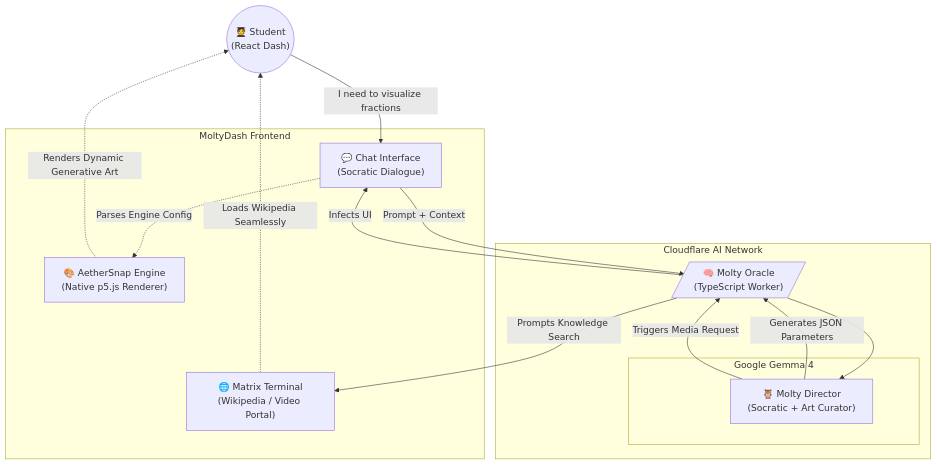
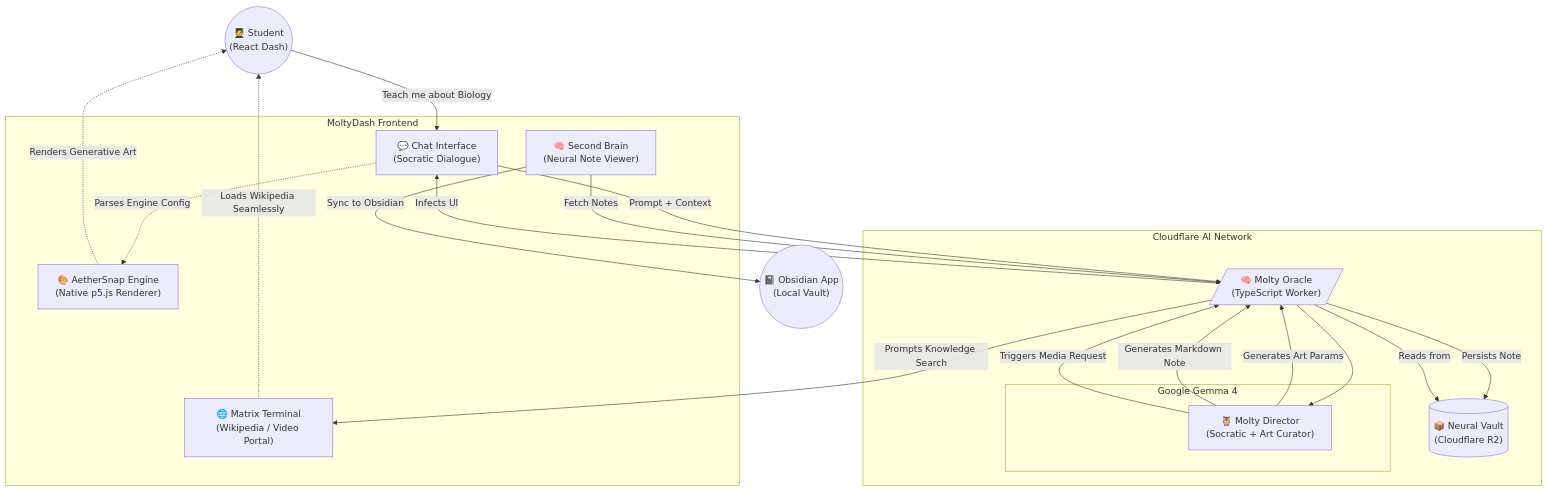
The diagram in README.md (miladyxx333-lab/moltys), drawn with Mermaid before and after one commit. The commit also changed other lines of this file, not shown here.

Commit message:
docs: update README and Mermaid with Second Brain and AetherSnap v2.0 architecture

````diff
--- a/README.md
+++ b/README.md
@@ -21,36 +22,46 @@
 ```mermaid
 graph TD
     %% Entities
     Student(("🧑‍🎓 Student\n(React Dash)"))
+    Obsidian(("📓 Obsidian App\n(Local Vault)"))
 
     %% Core Systems
     subgraph Cloudflare Edge [Cloudflare AI Network]
         MoltyCore[/"🧠 Molty Oracle\n(TypeScript Worker)"/]
+        R2Storage[("📦 Neural Vault\n(Cloudflare R2)")]
         
         subgraph Google Gemma 4
             AgentTutor["🦉 Molty Director\n(Socratic + Art Curator)"]
         end
     end
 
     %% Dashboard Infrastructure
     subgraph Immersive Dashboard [MoltyDash Frontend]
         ChatUI["💬 Chat Interface\n(Socratic Dialogue)"]
         AetherSnap["🎨 AetherSnap Engine\n(Native p5.js Renderer)"]
         MatrixTerm["🌐 Matrix Terminal\n(Wikipedia / Video Portal)"]
+        VaultUI["🧠 Second Brain\n(Neural Note Viewer)"]
     end
 
     %% Edges
-    Student -- "I need to visualize fractions" --> ChatUI
+    Student -- "Teach me about Biology" --> ChatUI
     ChatUI -- "Prompt + Context" --> MoltyCore
     MoltyCore --> AgentTutor
     
-    AgentTutor -- "Generates JSON Parameters" --> MoltyCore
+    AgentTutor -- "Generates Art Params" --> MoltyCore
     MoltyCore -- "Infects UI" --> ChatUI
     
     ChatUI -. "Parses Engine Config" .-> AetherSnap
-    AetherSnap -. "Renders Dynamic Generative Art" .-> Student
+    AetherSnap -. "Renders Generative Art" .-> Student
+    
+    %% Obsidian Flow
+    AgentTutor -- "Generates Markdown Note" --> MoltyCore
+    MoltyCore -- "Persists Note" --> R2Storage
+    VaultUI -- "Fetch Notes" --> MoltyCore
+    MoltyCore -- "Reads from" --> R2Storage
+    VaultUI -- "Sync to Obsidian" --> Obsidian
     
     AgentTutor -- "Triggers Media Request" --> MoltyCore
     MoltyCore -- "Prompts Knowledge Search" --> MatrixTerm
     MatrixTerm -. "Loads Wikipedia Seamlessly" .-> Student
 ```
````
